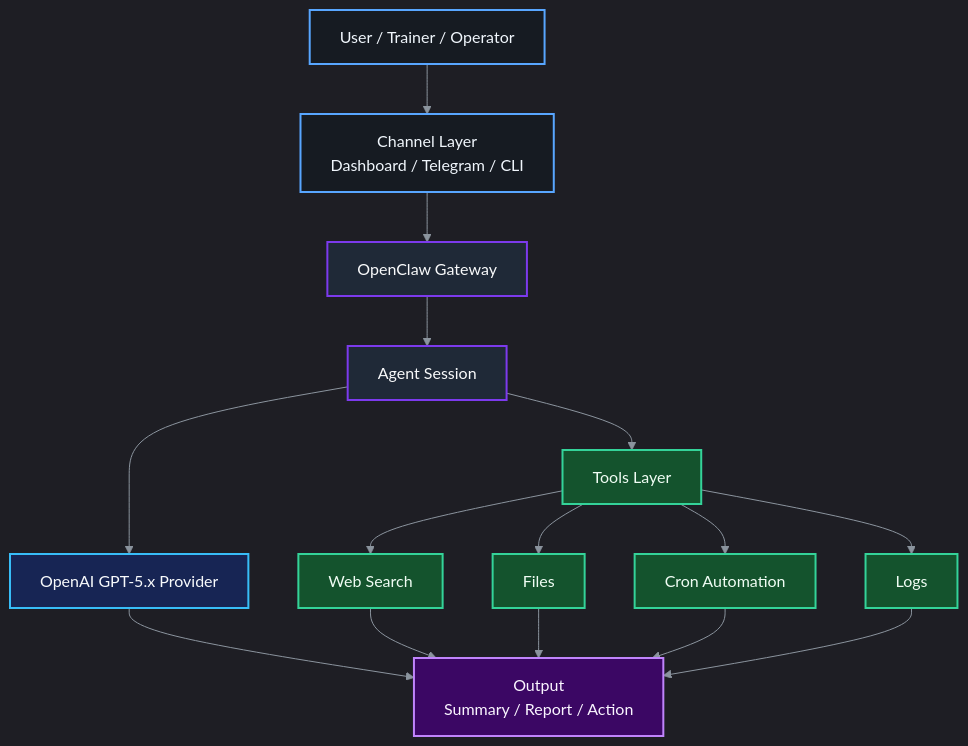
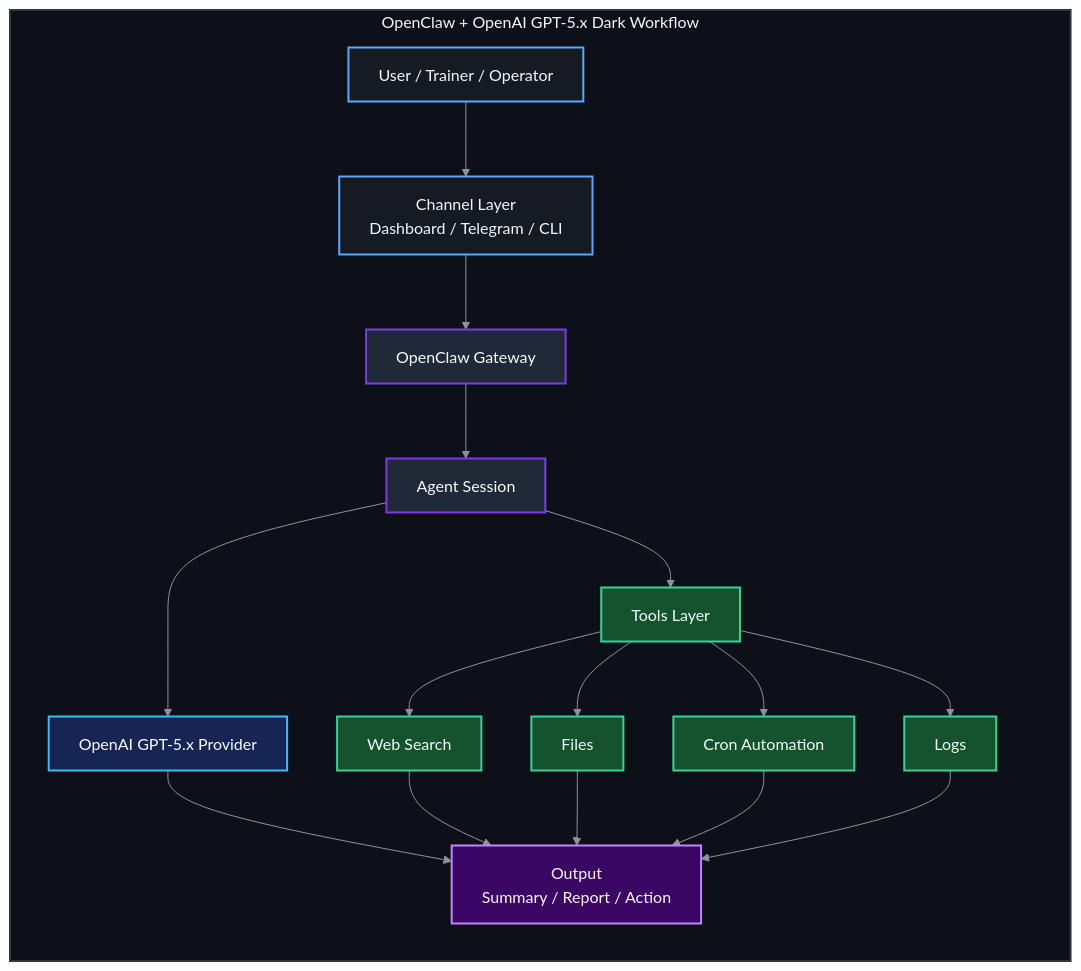
Before and after one commit to PhuminDecOKnoi/How-to-use-OpenClaw-OpenAI-GPT-5.x: the diagram in docs/architecture.md, drawn with Mermaid. The commit also changed other lines of this file, not shown here.

Commit message:
docs: force dark canvas for architecture workflow

````diff
--- a/docs/architecture.md
+++ b/docs/architecture.md
@@ -11,30 +11,35 @@
 ```mermaid
-%%{init: {"theme": "dark", "themeVariables": {"background": "#0d1117", "primaryColor": "#161b22", "primaryTextColor": "#f0f6fc", "primaryBorderColor": "#58a6ff", "lineColor": "#8b949e", "secondaryColor": "#1f6feb", "tertiaryColor": "#21262d", "fontFamily": "Inter, Arial, sans-serif"}}}%%
+%%{init: {"theme": "base", "themeVariables": {"darkMode": true, "background": "#0d1117", "mainBkg": "#0d1117", "secondBkg": "#161b22", "primaryColor": "#161b22", "primaryTextColor": "#f0f6fc", "primaryBorderColor": "#58a6ff", "lineColor": "#8b949e", "secondaryColor": "#1f6feb", "tertiaryColor": "#21262d", "clusterBkg": "#0d1117", "clusterBorder": "#30363d", "edgeLabelBackground": "#161b22", "fontFamily": "Inter, Arial, sans-serif"}}}%%
 flowchart TD
-    U[User / Trainer / Operator] --> C[Channel Layer<br/>Dashboard / Telegram / CLI]
-    C --> G[OpenClaw Gateway]
-    G --> S[Agent Session]
-    S --> M[OpenAI GPT-5.x Provider]
-    S --> T[Tools Layer]
-    T --> W[Web Search]
-    T --> F[Files]
-    T --> CR[Cron Automation]
-    T --> L[Logs]
-    M --> O[Output<br/>Summary / Report / Action]
-    W --> O
-    F --> O
-    CR --> O
-    L --> O
+    subgraph CANVAS[OpenClaw + OpenAI GPT-5.x Dark Workflow]
+        direction TD
+        U[User / Trainer / Operator] --> C[Channel Layer<br/>Dashboard / Telegram / CLI]
+        C --> G[OpenClaw Gateway]
+        G --> S[Agent Session]
+        S --> M[OpenAI GPT-5.x Provider]
+        S --> T[Tools Layer]
+        T --> W[Web Search]
+        T --> F[Files]
+        T --> CR[Cron Automation]
+        T --> L[Logs]
+        M --> O[Output<br/>Summary / Report / Action]
+        W --> O
+        F --> O
+        CR --> O
+        L --> O
+    end
 
     classDef userLayer fill:#161b22,stroke:#58a6ff,color:#f0f6fc,stroke-width:2px;
     classDef gatewayLayer fill:#1f2937,stroke:#7c3aed,color:#f9fafb,stroke-width:2px;
     classDef modelLayer fill:#172554,stroke:#38bdf8,color:#f8fafc,stroke-width:2px;
     classDef toolsLayer fill:#14532d,stroke:#34d399,color:#f0fdf4,stroke-width:2px;
     classDef outputLayer fill:#3b0764,stroke:#c084fc,color:#faf5ff,stroke-width:2px;
 
     class U,C userLayer;
     class G,S gatewayLayer;
     class M modelLayer;
     class T,W,F,CR,L toolsLayer;
     class O outputLayer;
+
+    style CANVAS fill:#0d1117,stroke:#30363d,stroke-width:2px,color:#f0f6fc;
 ```
````
